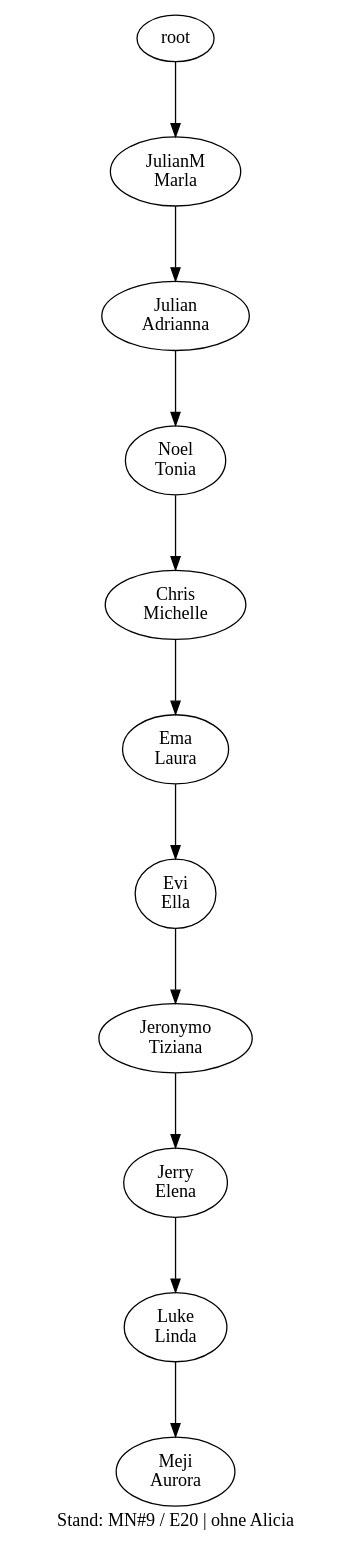
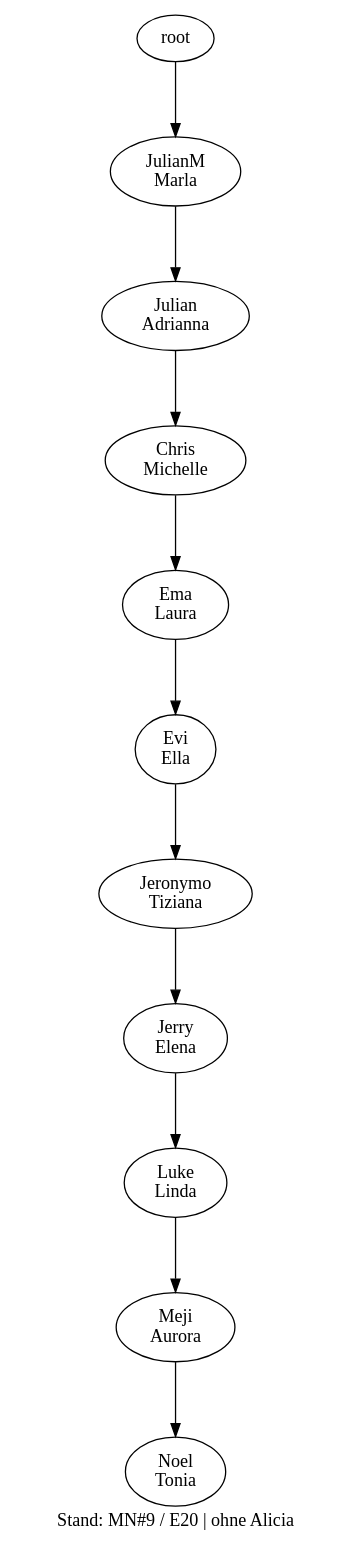
Before and after one commit to atticus-sullivan/sim-ayto: the diagram in data/de07/de07_19_tree_wo_alicia.dot, drawn with Graphviz. The commit also changed 29 other files, not shown here.

```diff
--- a/data/de07/de07_19_tree_wo_alicia.dot
+++ b/data/de07/de07_19_tree_wo_alicia.dot
@@ -1,22 +1,22 @@
 digraph D { labelloc="b"; label="Stand: MN#9 / E20 | ohne Alicia"; ranksep=0.8;
 "root/1000000"[label="JulianM\nMarla"]
 "root" -> "root/1000000";
 "root/1000000/1"[label="Julian\nAdrianna"]
 "root/1000000" -> "root/1000000/1";
-"root/1000000/1/1000000000"[label="Noel\nTonia"]
-"root/1000000/1" -> "root/1000000/1/1000000000";
-"root/1000000/1/1000000000/10000000"[label="Chris\nMichelle"]
-"root/1000000/1/1000000000" -> "root/1000000/1/1000000000/10000000";
-"root/1000000/1/1000000000/10000000/10000"[label="Ema\nLaura"]
-"root/1000000/1/1000000000/10000000" -> "root/1000000/1/1000000000/10000000/10000";
-"root/1000000/1/1000000000/10000000/10000/1000"[label="Evi\nElla"]
-"root/1000000/1/1000000000/10000000/10000" -> "root/1000000/1/1000000000/10000000/10000/1000";
-"root/1000000/1/1000000000/10000000/10000/1000/100000000"[label="Jeronymo\nTiziana"]
-"root/1000000/1/1000000000/10000000/10000/1000" -> "root/1000000/1/1000000000/10000000/10000/1000/100000000";
-"root/1000000/1/1000000000/10000000/10000/1000/100000000/100"[label="Jerry\nElena"]
-"root/1000000/1/1000000000/10000000/10000/1000/100000000" -> "root/1000000/1/1000000000/10000000/10000/1000/100000000/100";
-"root/1000000/1/1000000000/10000000/10000/1000/100000000/100/100000"[label="Luke\nLinda"]
-"root/1000000/1/1000000000/10000000/10000/1000/100000000/100" -> "root/1000000/1/1000000000/10000000/10000/1000/100000000/100/100000";
-"root/1000000/1/1000000000/10000000/10000/1000/100000000/100/100000/10000000000"[label="Meji\nAurora"]
-"root/1000000/1/1000000000/10000000/10000/1000/100000000/100/100000" -> "root/1000000/1/1000000000/10000000/10000/1000/100000000/100/100000/10000000000";
+"root/1000000/1/10000000"[label="Chris\nMichelle"]
+"root/1000000/1" -> "root/1000000/1/10000000";
+"root/1000000/1/10000000/10000"[label="Ema\nLaura"]
+"root/1000000/1/10000000" -> "root/1000000/1/10000000/10000";
+"root/1000000/1/10000000/10000/1000"[label="Evi\nElla"]
+"root/1000000/1/10000000/10000" -> "root/1000000/1/10000000/10000/1000";
+"root/1000000/1/10000000/10000/1000/100000000"[label="Jeronymo\nTiziana"]
+"root/1000000/1/10000000/10000/1000" -> "root/1000000/1/10000000/10000/1000/100000000";
+"root/1000000/1/10000000/10000/1000/100000000/100"[label="Jerry\nElena"]
+"root/1000000/1/10000000/10000/1000/100000000" -> "root/1000000/1/10000000/10000/1000/100000000/100";
+"root/1000000/1/10000000/10000/1000/100000000/100/100000"[label="Luke\nLinda"]
+"root/1000000/1/10000000/10000/1000/100000000/100" -> "root/1000000/1/10000000/10000/1000/100000000/100/100000";
+"root/1000000/1/10000000/10000/1000/100000000/100/100000/10000000000"[label="Meji\nAurora"]
+"root/1000000/1/10000000/10000/1000/100000000/100/100000" -> "root/1000000/1/10000000/10000/1000/100000000/100/100000/10000000000";
+"root/1000000/1/10000000/10000/1000/100000000/100/100000/10000000000/1000000000"[label="Noel\nTonia"]
+"root/1000000/1/10000000/10000/1000/100000000/100/100000/10000000000" -> "root/1000000/1/10000000/10000/1000/100000000/100/100000/10000000000/1000000000";
 }
```
